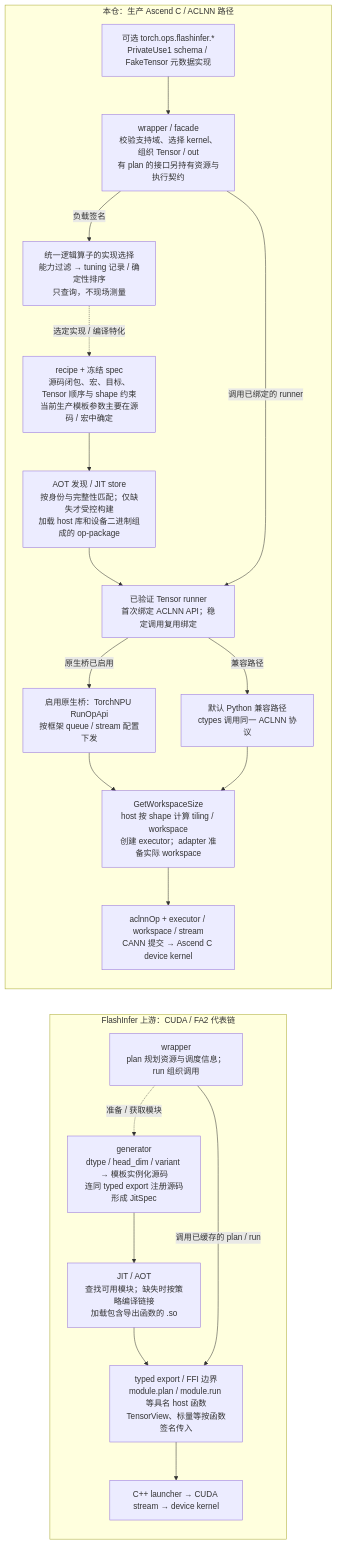
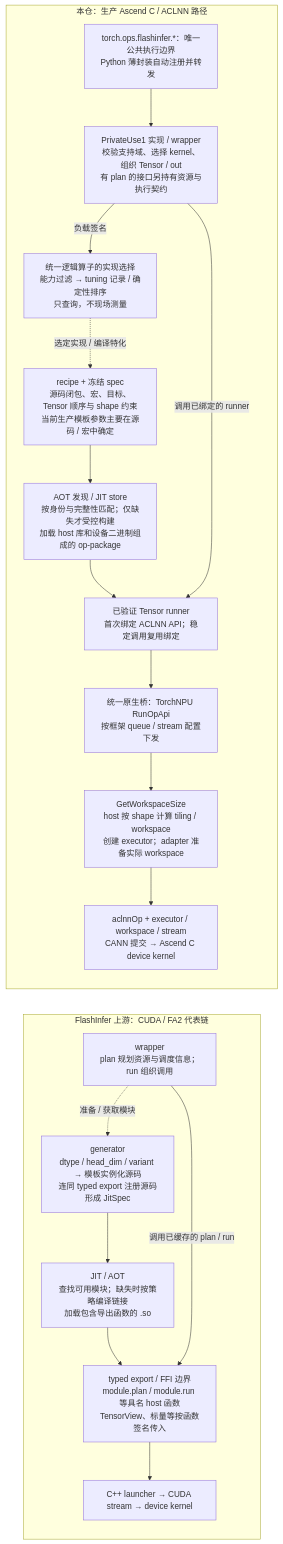
Before and after one commit to xuanyuandy/flashinfer-ascend: the first of 3 diagrams in docs/framework_design.md, drawn with Mermaid. The commit also changed other lines of this file and 35 other files, not shown here.

````diff
--- a/docs/framework_design.md
+++ b/docs/framework_design.md
@@ -229,38 +231,35 @@
 ```mermaid
 flowchart LR
   subgraph CUDA["FlashInfer 上游：CUDA / FA2 代表链"]
     direction TB
     CW["wrapper<br/>plan 规划资源与调度信息；run 组织调用"]
     CG["generator<br/>dtype / head_dim / variant → 模板实例化源码<br/>连同 typed export 注册源码形成 JitSpec"]
     CJ["JIT / AOT<br/>查找可用模块；缺失时按策略编译链接<br/>加载包含导出函数的 .so"]
     CE["typed export / FFI 边界<br/>module.plan / module.run 等具名 host 函数<br/>TensorView、标量等按函数签名传入"]
     CK["C++ launcher → CUDA stream → device kernel"]
     CW -. "准备 / 获取模块" .-> CG
     CG --> CJ --> CE
     CW -->|"调用已缓存的 plan / run"| CE
     CE --> CK
   end
   subgraph ASCEND["本仓：生产 Ascend C / ACLNN 路径"]
     direction TB
-    AO["可选 torch.ops.flashinfer.*<br/>PrivateUse1 schema / FakeTensor 元数据实现"]
-    AW["wrapper / facade<br/>校验支持域、选择 kernel、组织 Tensor / out<br/>有 plan 的接口另持有资源与执行契约"]
+    AO["torch.ops.flashinfer.*：唯一公共执行边界<br/>Python 薄封装自动注册并转发"]
+    AW["PrivateUse1 实现 / wrapper<br/>校验支持域、选择 kernel、组织 Tensor / out<br/>有 plan 的接口另持有资源与执行契约"]
     AU["统一逻辑算子的实现选择<br/>能力过滤 → tuning 记录 / 确定性排序<br/>只查询，不现场测量"]
     AG["recipe + 冻结 spec<br/>源码闭包、宏、目标、Tensor 顺序与 shape 约束<br/>当前生产模板参数主要在源码 / 宏中确定"]
     AJ["AOT 发现 / JIT store<br/>按身份与完整性匹配；仅缺失才受控构建<br/>加载 host 库和设备二进制组成的 op-package"]
     AE["已验证 Tensor runner<br/>首次绑定 ACLNN API；稳定调用复用绑定"]
-    AQ["启用原生桥：TorchNPU RunOpApi<br/>按框架 queue / stream 配置下发"]
-    AP["默认 Python 兼容路径<br/>ctypes 调用同一 ACLNN 协议"]
+    AQ["统一原生桥：TorchNPU RunOpApi<br/>按框架 queue / stream 配置下发"]
     AT["GetWorkspaceSize<br/>host 按 shape 计算 tiling / workspace<br/>创建 executor；adapter 准备实际 workspace"]
     AK["aclnnOp + executor / workspace / stream<br/>CANN 提交 → Ascend C device kernel"]
     AO --> AW
     AW -->|"负载签名"| AU
     AU -. "选定实现 / 编译特化" .-> AG
     AG --> AJ --> AE
     AW -->|"调用已绑定的 runner"| AE
-    AE -->|"原生桥已启用"| AQ
-    AE -->|"兼容路径"| AP
+    AE --> AQ
     AQ --> AT
-    AP --> AT
     AT --> AK
   end
 ```
````
